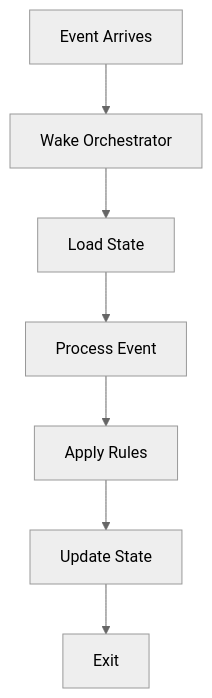
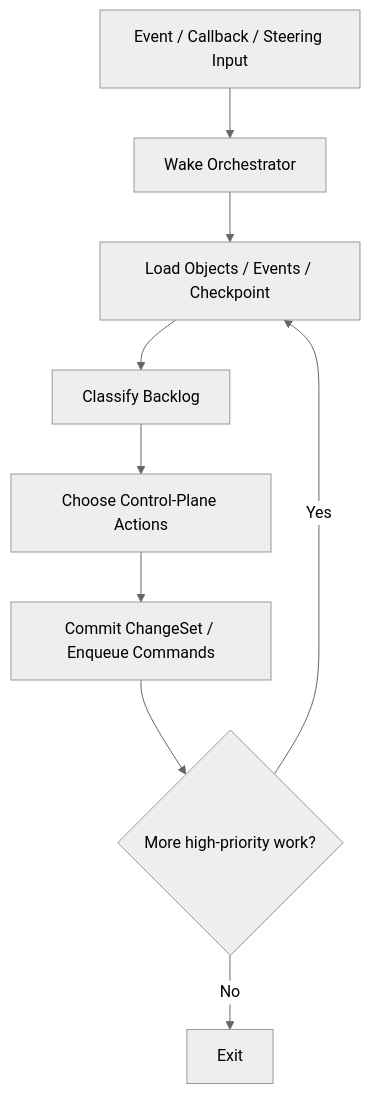
Before and after one commit to leeson1/Hive-Design: the first of 2 diagrams in docs/02-governance/03-Drone-Operating-Model.md, drawn with Mermaid (neutral theme). The commit also changed other lines of this file and 31 other files, not shown here.

````diff
--- a/docs/02-governance/03-Drone-Operating-Model.md
+++ b/docs/02-governance/03-Drone-Operating-Model.md
@@ -72,9 +106,11 @@
 ```mermaid
 flowchart TD
-    A["Event Arrives"] --> B["Wake Orchestrator"]
-    B --> C["Load State"]
-    C --> D["Process Event"]
-    D --> E["Apply Rules"]
-    E --> F["Update State"]
-    F --> G["Exit"]
+    A["Event / Callback / Steering Input"] --> B["Wake Orchestrator"]
+    B --> C["Load Objects / Events / Checkpoint"]
+    C --> D["Classify Backlog"]
+    D --> E["Choose Control-Plane Actions"]
+    E --> F["Commit ChangeSet / Enqueue Commands"]
+    F --> G{"More high-priority work?"}
+    G -- Yes --> C
+    G -- No --> H["Exit"]
 ```
````
